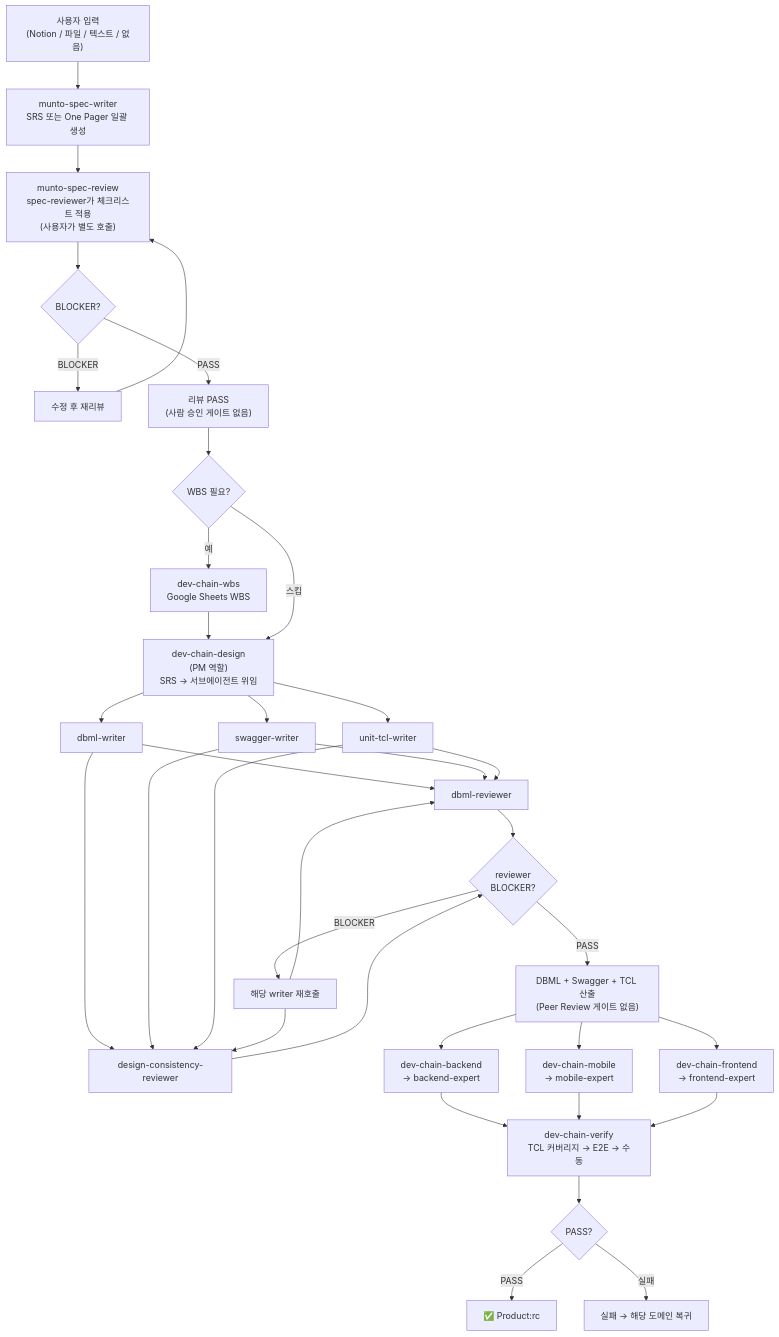
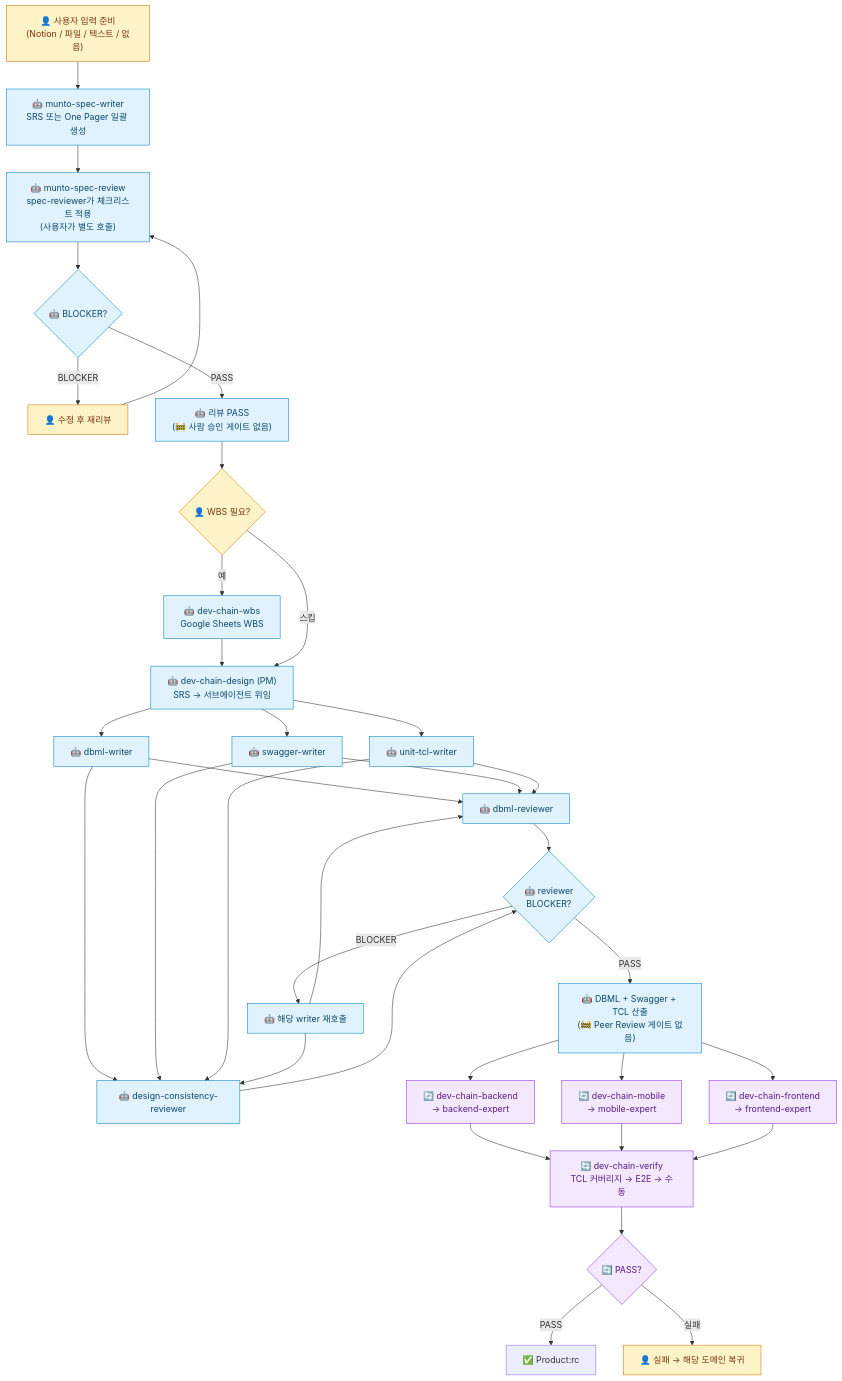
Before and after one commit to gracegyu/munto-dev-assistant-report: the third of 3 diagrams in reports/2026-05-harness-AS-IS.md, drawn with Mermaid. The commit also changed other lines of this file and 1 other file, not shown here.

````diff
--- a/reports/2026-05-harness-AS-IS.md
+++ b/reports/2026-05-harness-AS-IS.md
@@ -143,45 +170,50 @@
 ```mermaid
 flowchart TD
-    S0["사용자 입력\n(Notion / 파일 / 텍스트 / 없음)"]
-    S1["munto-spec-writer\nSRS 또는 One Pager 일괄 생성"]
-    S2["munto-spec-review\nspec-reviewer가 체크리스트 적용\n(사용자가 별도 호출)"]
-    S3{"BLOCKER?"}
-    S4["수정 후 재리뷰"]
-    S5["리뷰 PASS\n(사람 승인 게이트 없음)"]
+    S0["👤 사용자 입력 준비<br/>(Notion / 파일 / 텍스트 / 없음)"]:::human
+    S1["🤖 munto-spec-writer<br/>SRS 또는 One Pager 일괄 생성"]:::ai
+    S2["🤖 munto-spec-review<br/>spec-reviewer가 체크리스트 적용<br/>(사용자가 별도 호출)"]:::ai
+    S3{"🤖 BLOCKER?"}:::ai
+    S4["👤 수정 후 재리뷰"]:::human
+    S5["🤖 리뷰 PASS<br/>(🚧 사람 승인 게이트 없음)"]:::ai
 
-    B{"WBS 필요?"}
-    C["dev-chain-wbs\nGoogle Sheets WBS"]
-    D["dev-chain-design\n(PM 역할)\nSRS → 서브에이전트 위임"]
-    E1["dbml-writer"]
-    E2["swagger-writer"]
-    E3["unit-tcl-writer"]
-    F1["dbml-reviewer"]
-    F2["design-consistency-reviewer"]
-    G{"reviewer\nBLOCKER?"}
-    H["해당 writer 재호출"]
-    I["DBML + Swagger + TCL 산출\n(Peer Review 게이트 없음)"]
-    J["dev-chain-backend\n→ backend-expert"]
-    K["dev-chain-mobile\n→ mobile-expert"]
-    L["dev-chain-frontend\n→ frontend-expert"]
-    M["dev-chain-verify\nTCL 커버리지 → E2E → 수동"]
-    N{"PASS?"}
+    B{"👤 WBS 필요?"}:::human
+    C["🤖 dev-chain-wbs<br/>Google Sheets WBS"]:::ai
+    D["🤖 dev-chain-design (PM)<br/>SRS → 서브에이전트 위임"]:::ai
+    E1["🤖 dbml-writer"]:::ai
+    E2["🤖 swagger-writer"]:::ai
+    E3["🤖 unit-tcl-writer"]:::ai
+    F1["🤖 dbml-reviewer"]:::ai
+    F2["🤖 design-consistency-reviewer"]:::ai
+    G{"🤖 reviewer<br/>BLOCKER?"}:::ai
+    H["🤖 해당 writer 재호출"]:::ai
+    I["🤖 DBML + Swagger + TCL 산출<br/>(🚧 Peer Review 게이트 없음)"]:::ai
+    J["🔄 dev-chain-backend<br/>→ backend-expert"]:::collab
+    K["🔄 dev-chain-mobile<br/>→ mobile-expert"]:::collab
+    L["🔄 dev-chain-frontend<br/>→ frontend-expert"]:::collab
+    M["🔄 dev-chain-verify<br/>TCL 커버리지 → E2E → 수동"]:::collab
+    N{"🔄 PASS?"}:::collab
     O["✅ Product:rc"]
-    P["실패 → 해당 도메인 복귀"]
+    P["👤 실패 → 해당 도메인 복귀"]:::human
 
     S0 --> S1 --> S2 --> S3
     S3 -- "BLOCKER" --> S4 --> S2
     S3 -- "PASS" --> S5
 
     S5 --> B
     B -- "예" --> C --> D
     B -- "스킵" --> D
     D --> E1 & E2 & E3
     E1 & E2 & E3 --> F1 & F2
     F1 & F2 --> G
     G -- "BLOCKER" --> H --> F1 & F2
     G -- "PASS" --> I
     I --> J & K & L
     J & K & L --> M --> N
     N -- "PASS" --> O
     N -- "실패" --> P
+
+    classDef ai fill:#e0f2fe,stroke:#0284c7,color:#0c4a6e
+    classDef human fill:#fef3c7,stroke:#d97706,color:#78350f
+    classDef collab fill:#f3e8ff,stroke:#9333ea,color:#581c87
+    classDef gate fill:#fee2e2,stroke:#dc2626,color:#7f1d1d,stroke-width:3px
 ```
````
